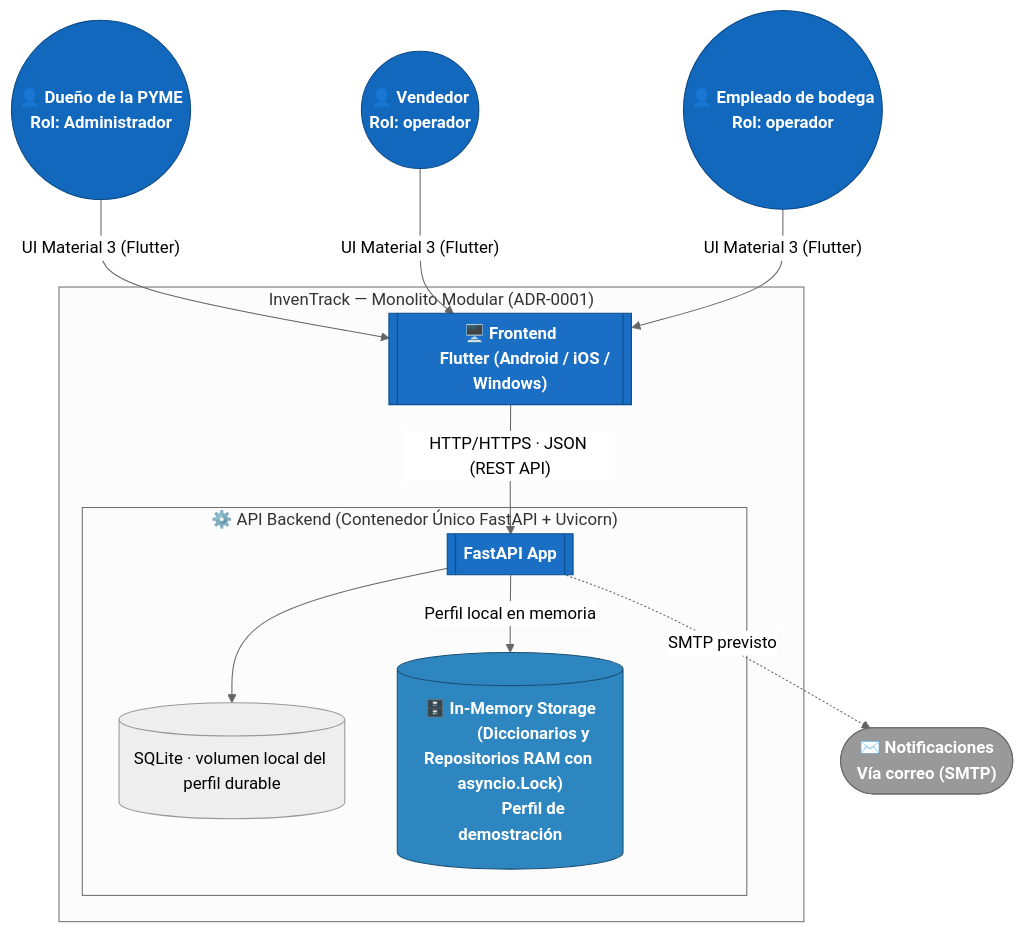
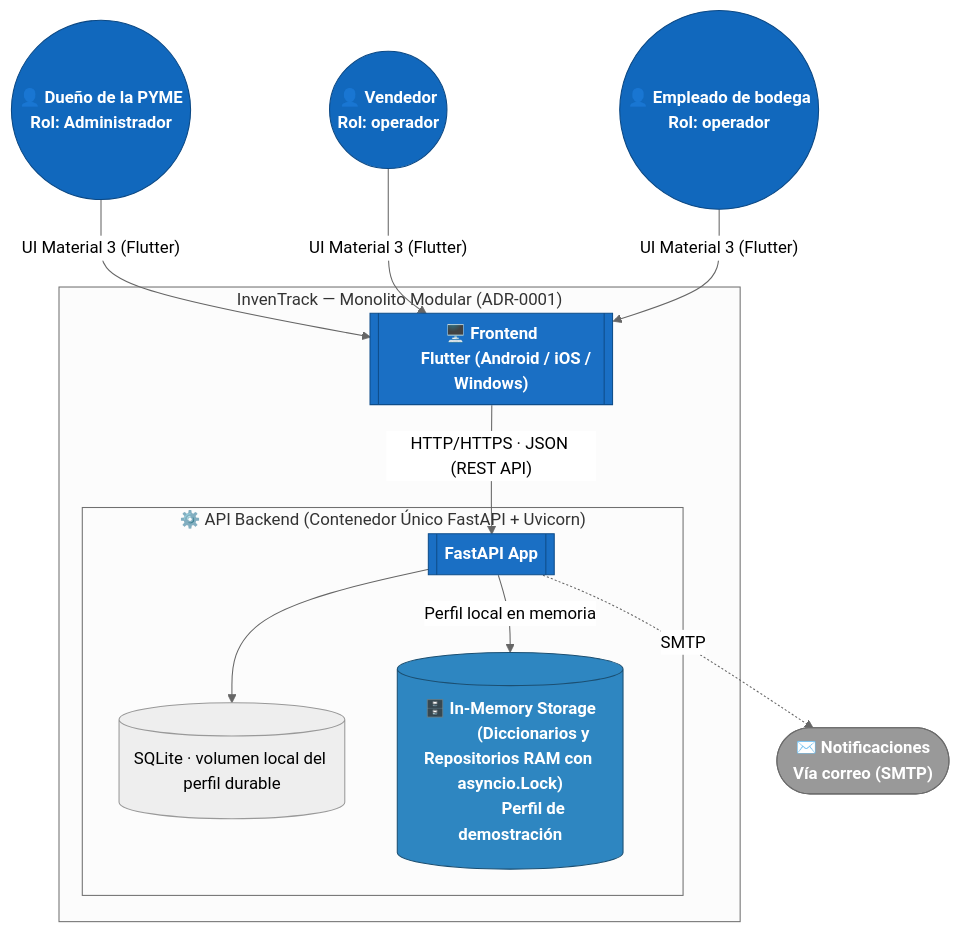
The first of 2 diagrams in docs/c4/containers.md (ISCOUTB/AS_202620_InvenTrack), drawn with Mermaid (neutral theme) before and after one commit. The commit also changed other lines of this file and 31 other files, not shown here.

````diff
--- a/docs/c4/containers.md
+++ b/docs/c4/containers.md
@@ -9,43 +9,43 @@
 ```mermaid
 flowchart TB
     Dueno(("👤 Dueño de la PYME
     Rol: Administrador"))
     Vendedor(("👤 Vendedor
     Rol: operador"))
     Empleado(("👤 Empleado de bodega
     Rol: operador"))
 
     subgraph InvenTrack["InvenTrack — Monolito Modular (ADR-0001)"]
         Web[["🖥️ Frontend
         Flutter (Android / iOS / Windows)"]]
         
         subgraph ApiContainer ["⚙️ API Backend (Contenedor Único FastAPI + Uvicorn)"]
             Api[["FastAPI App"]]
             Volumen[("SQLite · volumen local del perfil durable")]
             Api --> Volumen
             Db[("🗄️ In-Memory Storage
             (Diccionarios y Repositorios RAM con asyncio.Lock)
             Perfil de demostración")]
         end
     end
 
     Notif(["✉️ Notificaciones
     Vía correo (SMTP)"])
 
     Dueno -- "UI Material 3 (Flutter)" --> Web
     Vendedor -- "UI Material 3 (Flutter)" --> Web
     Empleado -- "UI Material 3 (Flutter)" --> Web
     Web -- "HTTP/HTTPS · JSON (REST API)" --> Api
     Api -- "Perfil local en memoria" --> Db
-    Api -. SMTP previsto .-> Notif
+    Api -. SMTP .-> Notif
 
     classDef person fill:#1168bd,stroke:#0b4884,color:#ffffff,font-weight:bold
     classDef container fill:#1a6fc4,stroke:#0e4d8a,color:#ffffff,font-weight:bold
     classDef db fill:#2e86c1,stroke:#1b4f72,color:#ffffff,font-weight:bold
     classDef external fill:#999999,stroke:#6b6b6b,color:#ffffff,font-weight:bold
 
     class Dueno,Vendedor,Empleado person
     class Web,Api container
     class Db db
     class Notif external
 ```
````
